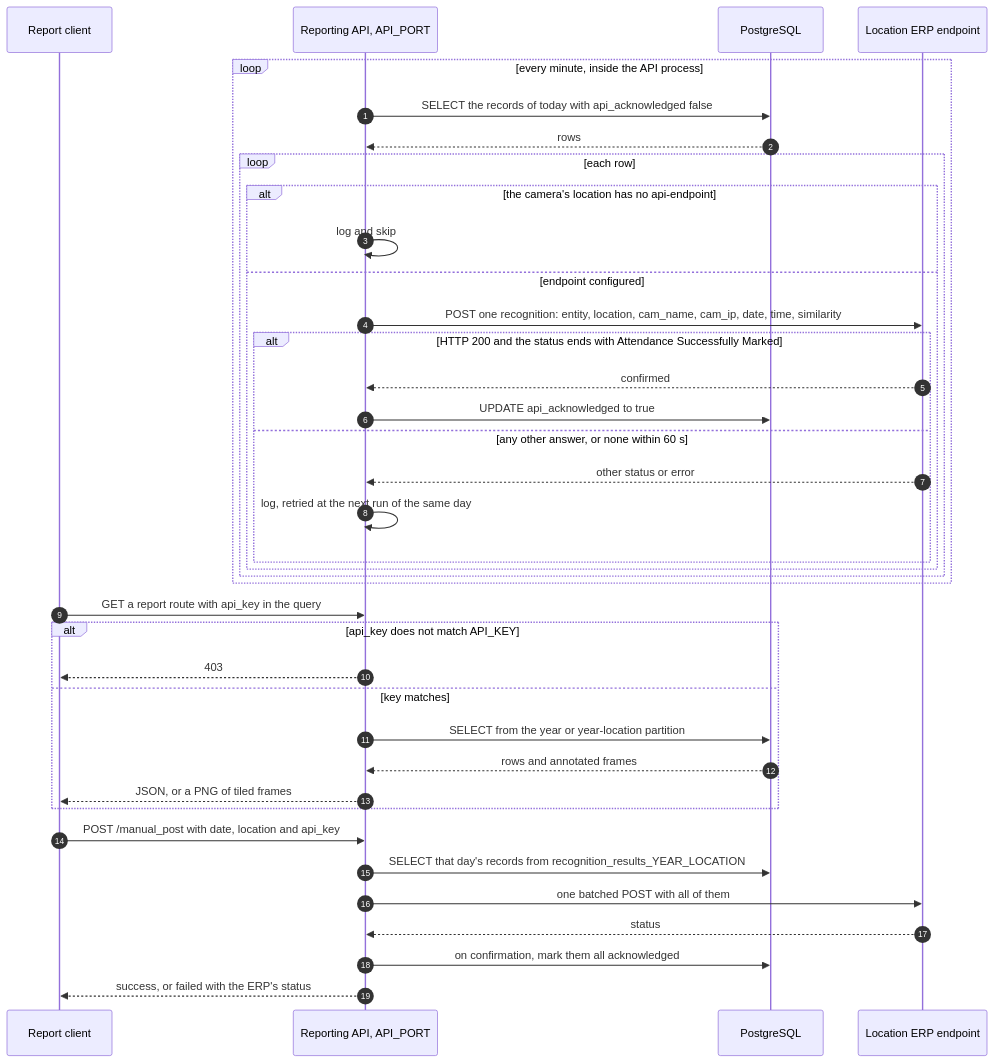
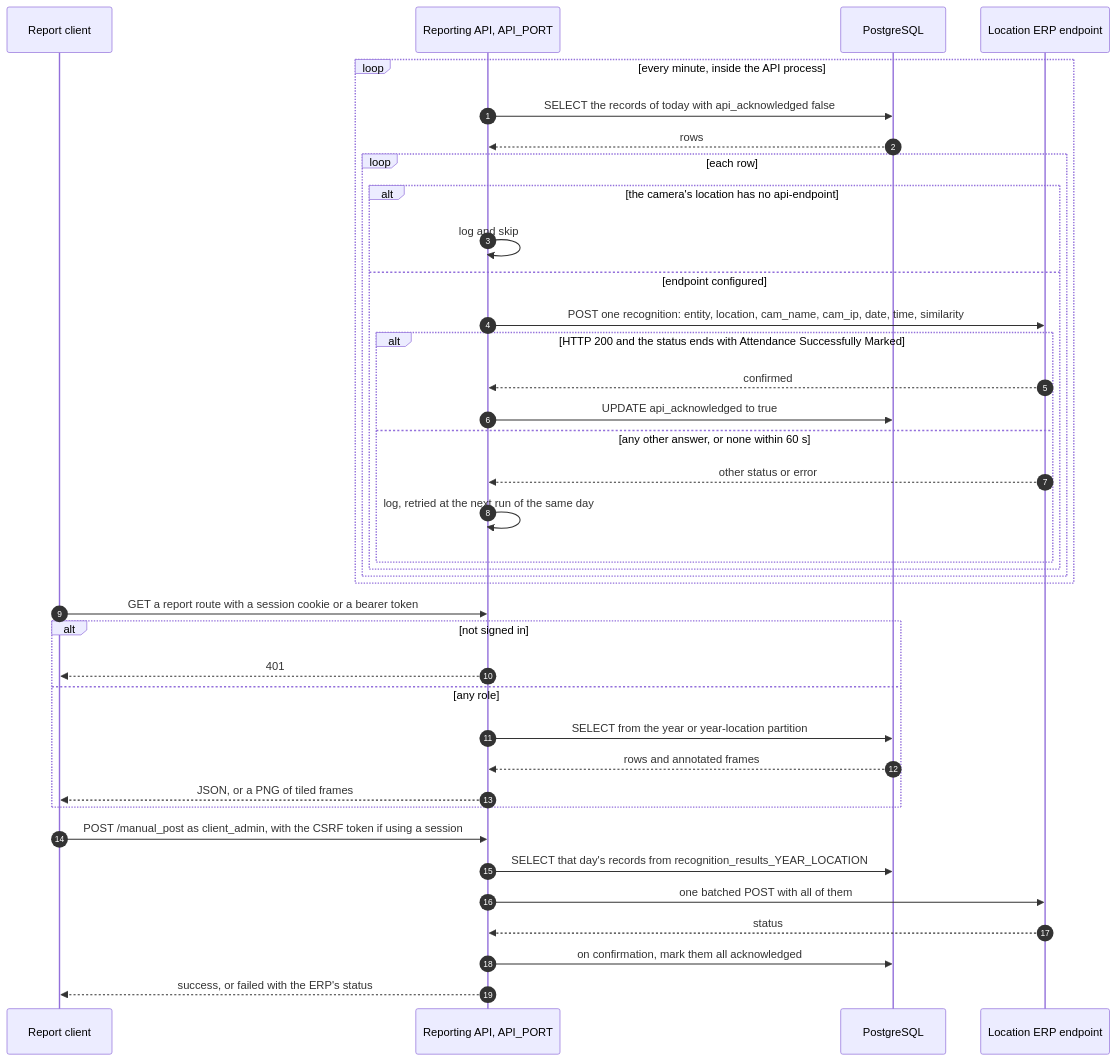
Before and after one commit to hamza-aziz-ai/CCTV-Face-Recognition-Attendance-System: the fifth of 8 diagrams in docs/FLOW.md, drawn with Mermaid. The commit also changed other lines of this file and 13 other files, not shown here.

First line of the commit message:
feat: add per-client accounts, sessions and machine tokens to the API (D-039) (#83)

````diff
--- a/docs/FLOW.md
+++ b/docs/FLOW.md
@@ -245,40 +245,40 @@
 ```mermaid
 sequenceDiagram
     autonumber
     participant CL as Report client
     participant API as Reporting API, API_PORT
     participant PG as PostgreSQL
     participant ERP as Location ERP endpoint
     loop every minute, inside the API process
         API->>PG: SELECT the records of today with api_acknowledged false
         PG-->>API: rows
         loop each row
             alt the camera's location has no api-endpoint
                 API->>API: log and skip
             else endpoint configured
                 API->>ERP: POST one recognition: entity, location, cam_name, cam_ip, date, time, similarity
                 alt HTTP 200 and the status ends with Attendance Successfully Marked
                     ERP-->>API: confirmed
                     API->>PG: UPDATE api_acknowledged to true
                 else any other answer, or none within 60 s
                     ERP-->>API: other status or error
                     API->>API: log, retried at the next run of the same day
                 end
             end
         end
     end
-    CL->>API: GET a report route with api_key in the query
-    alt api_key does not match API_KEY
-        API-->>CL: 403
-    else key matches
+    CL->>API: GET a report route with a session cookie or a bearer token
+    alt not signed in
+        API-->>CL: 401
+    else any role
         API->>PG: SELECT from the year or year-location partition
         PG-->>API: rows and annotated frames
         API-->>CL: JSON, or a PNG of tiled frames
     end
-    CL->>API: POST /manual_post with date, location and api_key
+    CL->>API: POST /manual_post as client_admin, with the CSRF token if using a session
     API->>PG: SELECT that day's records from recognition_results_YEAR_LOCATION
     API->>ERP: one batched POST with all of them
     ERP-->>API: status
     API->>PG: on confirmation, mark them all acknowledged
     API-->>CL: success, or failed with the ERP's status
 ```
````
